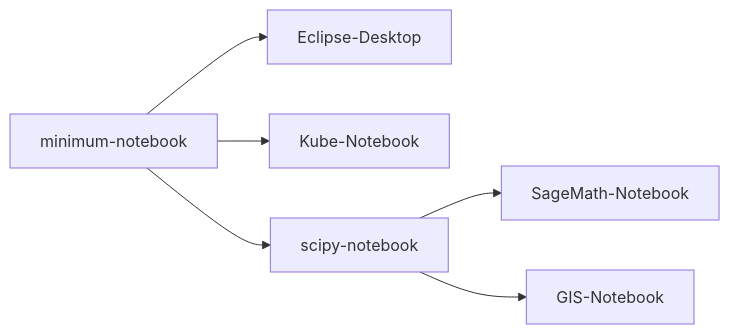
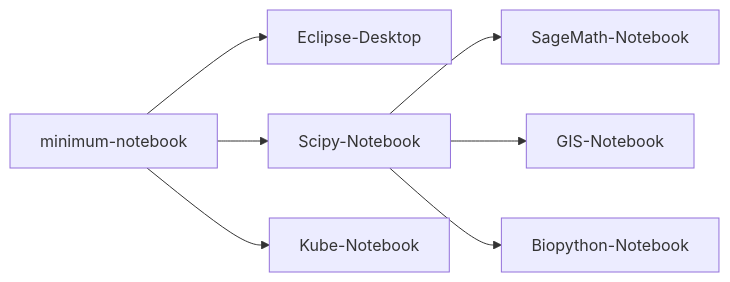
The second of 2 diagrams in docs/instructionalcluster/availableimages.md (SDSU-Research-CI/SDSU-Research-CI.github.io), drawn with Mermaid before and after one commit. The commit also changed other lines of this file and 1 other file, not shown here.

Commit message:
Added Biopython Notebook to Docs

````diff
--- a/docs/instructionalcluster/availableimages.md
+++ b/docs/instructionalcluster/availableimages.md
@@ -52,7 +53,8 @@
 ```mermaid
 graph LR;
     A[minimum-notebook]-->B[Eclipse-Desktop];
+    A-->C[Scipy-Notebook]-->D[SageMath-Notebook];
     A-->F[Kube-Notebook];
-    A-->C[scipy-notebook]-->D[SageMath-Notebook];
     C-->E[GIS-Notebook];
+    C-->G[Biopython-Notebook]
 ```
````
